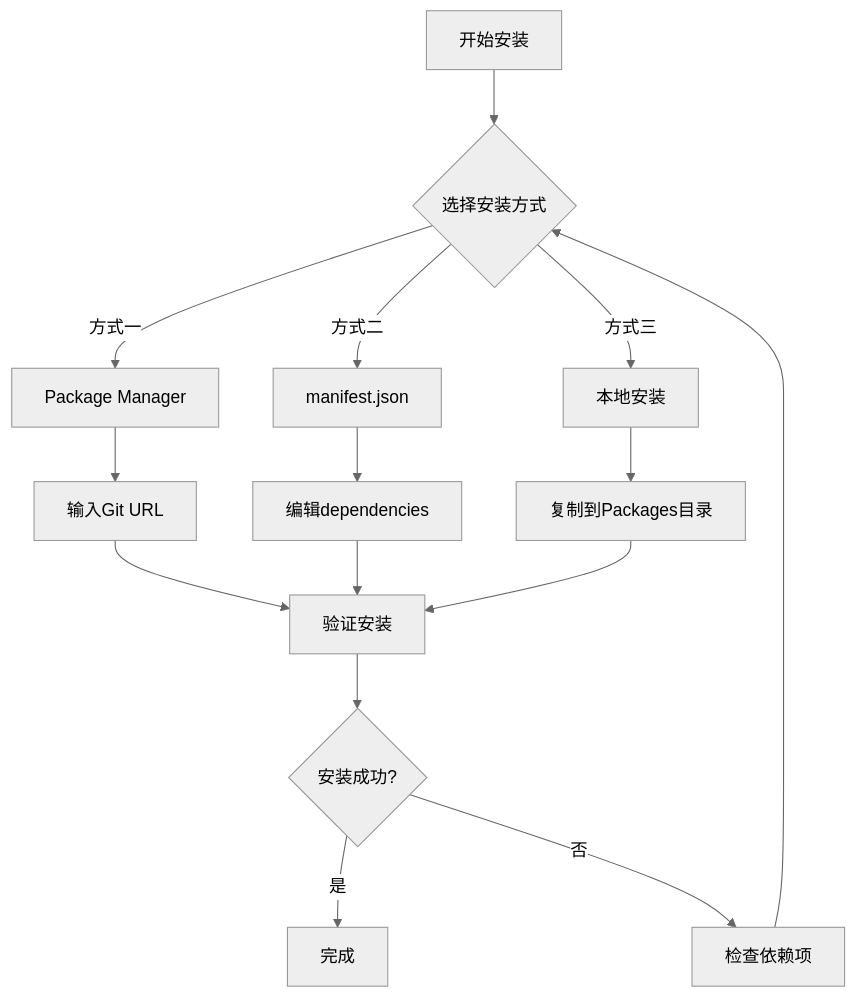
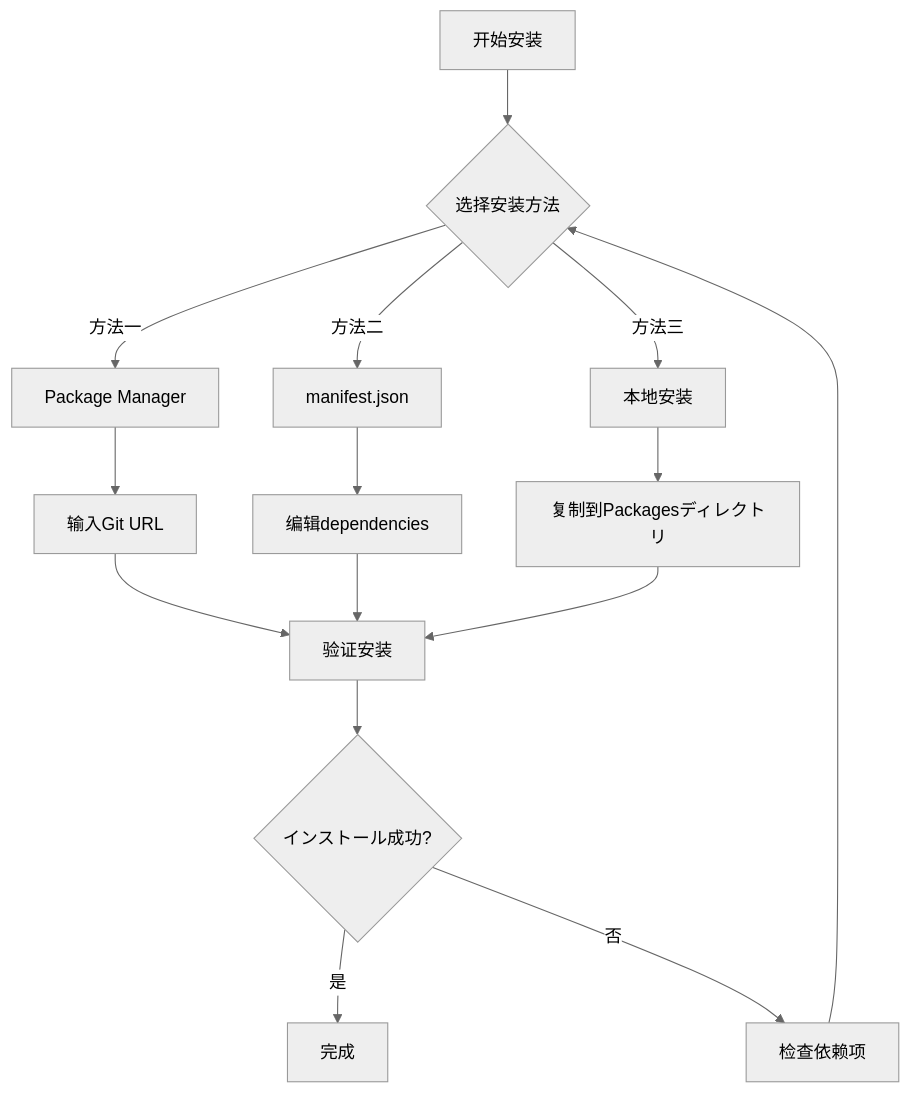
The first of 2 diagrams in docs/ja/client/unity/component/ui-ugui/02.installation.md (AlianBlank/GameFrameX.Docs), drawn with Mermaid (neutral theme) before and after one commit. The commit also changed other lines of this file and 603 other files, not shown here.

````diff
--- a/docs/ja/client/unity/component/ui-ugui/02.installation.md
+++ b/docs/ja/client/unity/component/ui-ugui/02.installation.md
@@ -17,20 +17,20 @@
 ```mermaid
 flowchart TD
-    A[开始安装] --> B{选择安装方式}
-    B -->|方式一| C[Package Manager]
-    B -->|方式二| D[manifest.json]
-    B -->|方式三| E[本地安装]
+    A[开始安装] --> B{选择安装方法}
+    B -->|方法一| C[Package Manager]
+    B -->|方法二| D[manifest.json]
+    B -->|方法三| E[本地安装]
     
     C --> F[输入Git URL]
     D --> G[编辑dependencies]
-    E --> H[复制到Packages目录]
+    E --> H[复制到Packagesディレクトリ]
     
     F --> I[验证安装]
     G --> I
     H --> I
     
-    I --> J{安装成功?}
+    I --> J{インストール成功?}
     J -->|是| K[完成]
     J -->|否| L[检查依赖项]
     L --> B
 ```
````
